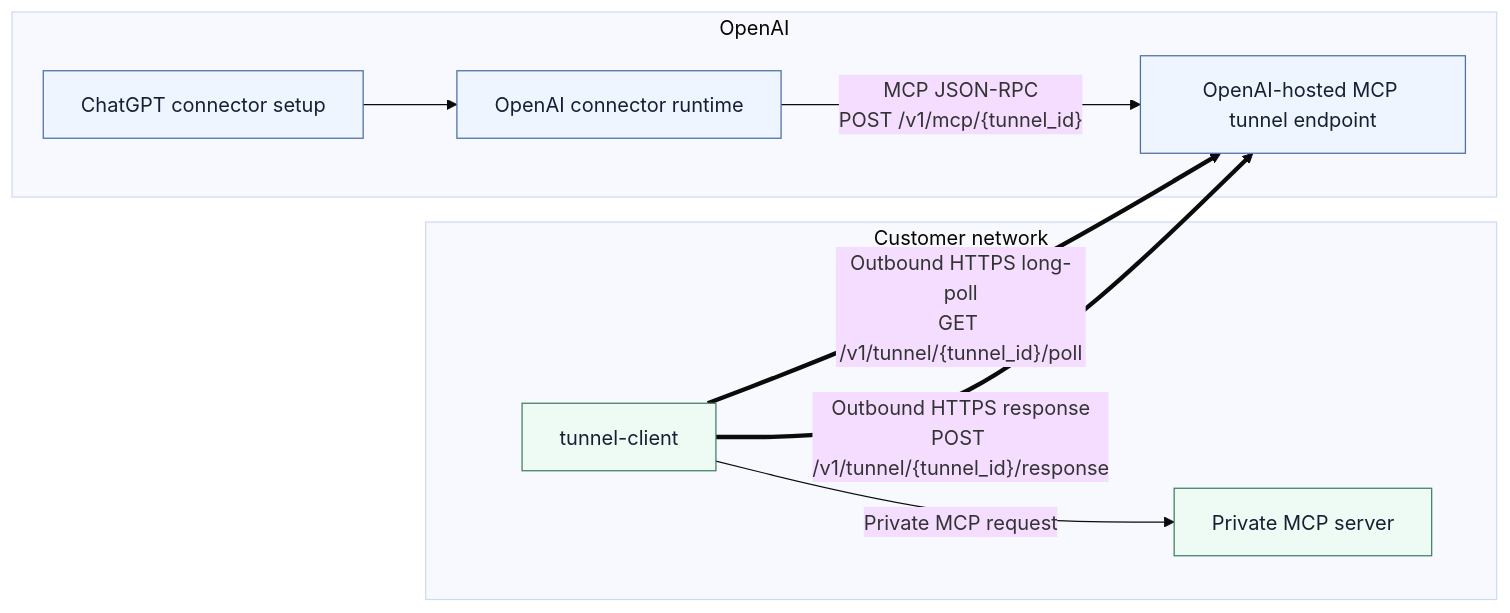
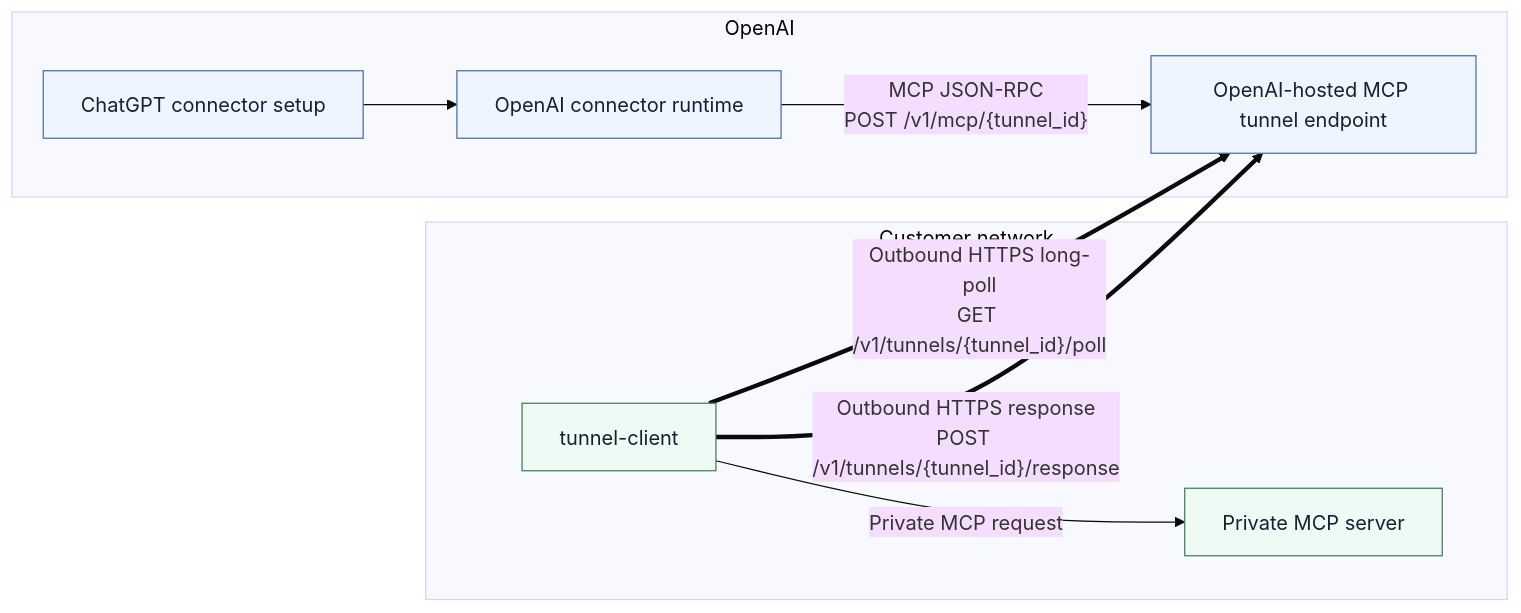
The diagram in docs/enterprise-customer-onboarding.md (fork-the-planet/openai___tunnel-client), drawn with Mermaid (base theme) before and after one commit. The commit also changed other lines of this file and 15 other files, not shown here.

````diff
--- a/docs/enterprise-customer-onboarding.md
+++ b/docs/enterprise-customer-onboarding.md
@@ -18,24 +18,24 @@
 ```mermaid
 flowchart LR
   subgraph openai["OpenAI"]
     ui["ChatGPT connector setup"]
     runtime["OpenAI connector runtime"]
     tunnel["OpenAI-hosted MCP tunnel endpoint"]
   end
 
   subgraph customer["Customer network"]
     client["tunnel-client"]
     mcp["Private MCP server"]
   end
 
   ui --> runtime
   runtime -->|"MCP JSON-RPC<br/>POST /v1/mcp/{tunnel_id}"| tunnel
-  client ==>|"Outbound HTTPS long-poll<br/>GET /v1/tunnel/{tunnel_id}/poll"| tunnel
-  client ==>|"Outbound HTTPS response<br/>POST /v1/tunnel/{tunnel_id}/response"| tunnel
+  client ==>|"Outbound HTTPS long-poll<br/>GET /v1/tunnels/{tunnel_id}/poll"| tunnel
+  client ==>|"Outbound HTTPS response<br/>POST /v1/tunnels/{tunnel_id}/response"| tunnel
   client -->|"Private MCP request"| mcp
 
   classDef openaiNode fill:#eef5ff,stroke:#4a6fa5,color:#172033
   classDef customerNode fill:#eefaf4,stroke:#3f7f5f,color:#172033
   class ui,runtime,tunnel openaiNode
   class client,mcp customerNode
 ```
````
